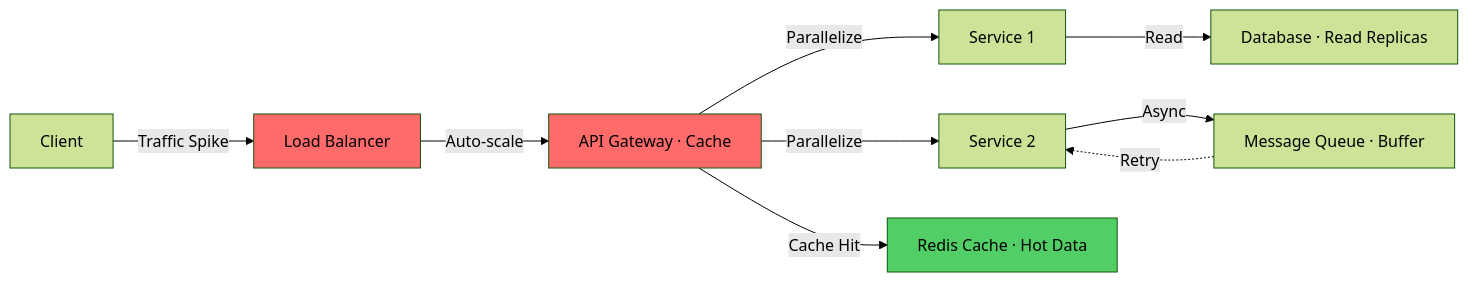
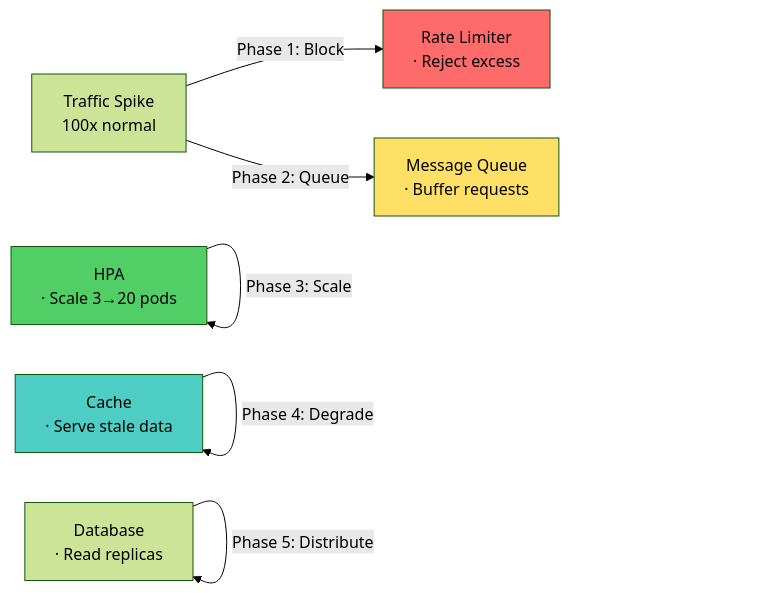
The diagram in docs/interview/03-performance-scalability.md (nitinkc/microservices-interview), drawn with Mermaid (forest theme) before and after one commit. The commit also changed other lines of this file and 9 other files, not shown here.

````diff
--- a/docs/interview/03-performance-scalability.md
+++ b/docs/interview/03-performance-scalability.md
@@ -64,24 +266,20 @@
 ```mermaid
 graph LR
-    Client["Client"]
-    LB["Load Balancer"]
-    Gateway["API Gateway · Cache"]
-    Service1["Service 1"]
-    Service2["Service 2"]
-    Redis["Redis Cache · Hot Data"]
-    DB["Database · Read Replicas"]
-    Queue["Message Queue · Buffer"]
-
-    Client -->|Traffic Spike| LB
-    LB -->|Auto-scale| Gateway
-    Gateway -->|Cache Hit| Redis
-    Gateway -->|Parallelize| Service1
-    Gateway -->|Parallelize| Service2
-    Service1 -->|Read| DB
-    Service2 -->|Async| Queue
-    Queue -.->|Retry| Service2
-
-    style LB fill:#ff6b6b
-    style Gateway fill:#ff6b6b
-    style Redis fill:#51cf66
+    Traffic["Traffic Spike\n100x normal"]
+    RateLimit["Rate Limiter\n· Reject excess"]
+    Queue["Message Queue\n· Buffer requests"]
+    HPA["HPA\n· Scale 3→20 pods"]
+    Cache["Cache\n· Serve stale data"]
+    DB["Database\n· Read replicas"]
+    
+    Traffic -->|Phase 1: Block| RateLimit
+    Traffic -->|Phase 2: Queue| Queue
+    HPA -->|Phase 3: Scale| HPA
+    Cache -->|Phase 4: Degrade| Cache
+    DB -->|Phase 5: Distribute| DB
+    
+    style RateLimit fill:#ff6b6b
+    style Queue fill:#ffe066
+    style HPA fill:#51cf66
+    style Cache fill:#4ecdc4
 ```
````
